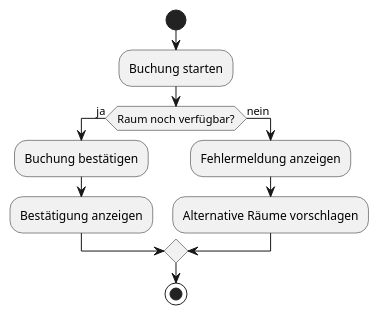
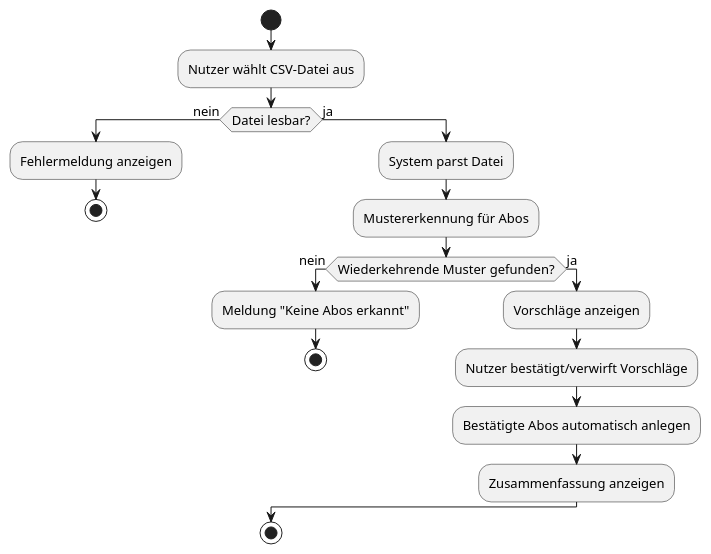
Before and after one commit to momel13/SubscriptionGuard-E2: the second of 2 diagrams in docs/product/ux_concept.adoc, drawn with PlantUML. The commit also changed other lines of this file and 1 other file, not shown here.

```diff
--- a/docs/product/ux_concept.adoc
+++ b/docs/product/ux_concept.adoc
@@ -191,18 +171,27 @@
-[plantuml, error-flow, svg]
+[plantuml, csv-import-flow, svg]
 ....
 @startuml
 skinparam monochrome true
+skinparam defaultFontSize 13
 
 start
-:Buchung starten;
-if (Raum noch verfügbar?) then (ja)
-  :Buchung bestätigen;
-  :Bestätigung anzeigen;
-else (nein)
+:Nutzer wählt CSV-Datei aus;
+if (Datei lesbar?) then (nein)
   :Fehlermeldung anzeigen;
-  :Alternative Räume vorschlagen;
+  stop
+else (ja)
+  :System parst Datei;
+  :Mustererkennung für Abos;
+  if (Wiederkehrende Muster gefunden?) then (nein)
+    :Meldung "Keine Abos erkannt";
+    stop
+  else (ja)
+    :Vorschläge anzeigen;
+    :Nutzer bestätigt/verwirft Vorschläge;
+    :Bestätigte Abos automatisch anlegen;
+    :Zusammenfassung anzeigen;
+  endif
 endif
 stop
-
 @enduml
 ....
```
